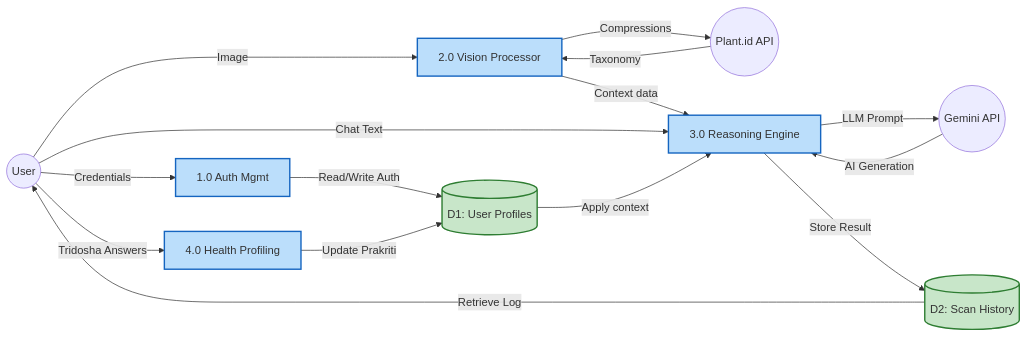
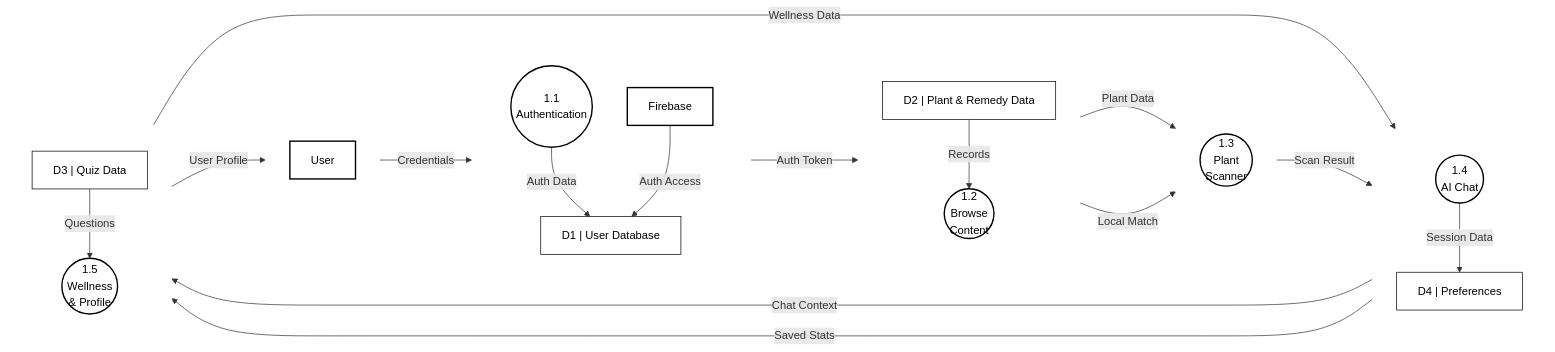
The diagram in docs/architecture/mermaid_diagrams/dfd_level_1.mmd (PratikPisal4304/ayurspace_flutter), drawn with Mermaid before and after one commit. The commit also changed 7 other files, not shown here.

Commit message:
docs: Update system architecture and DFDs, and add comprehensive developer documentation and guidelines.

```diff
--- a/docs/architecture/mermaid_diagrams/dfd_level_1.mmd
+++ b/docs/architecture/mermaid_diagrams/dfd_level_1.mmd
@@ -1,34 +1,62 @@
-graph LR
-    classDef process fill:#bbdefb,stroke:#1565c0,stroke-width:2px
-    classDef datastore fill:#c8e6c9,stroke:#2e7d32,stroke-width:2px
+flowchart LR
+    classDef process fill:#fff,stroke:#000,stroke-width:2px,color:#000
+    classDef entity fill:#fff,stroke:#000,stroke-width:2px,color:#000
+    classDef store fill:#fff,stroke:#000,stroke-width:1px,color:#000
 
-    User(("User"))
-    PlantId(("Plant.id API"))
-    Gemini(("Gemini API"))
+    subgraph Col0[" "]
+        direction TB
+        User["User"]:::entity
+    end
 
-    D1[("D1: User Profiles")]:::datastore
-    D2[("D2: Scan History")]:::datastore
+    subgraph Col1[" "]
+        direction TB
+        P1(("1.1<br/>Authentication")):::process
+        Firebase["Firebase"]:::entity
+        D1["D1 | User Database"]:::store
+        P1 -->|"Auth Data"| D1
+        Firebase -->|"Auth Access"| D1
+    end
 
-    P1["1.0 Auth Mgmt"]:::process
-    P2["2.0 Vision Processor"]:::process
-    P3["3.0 Reasoning Engine"]:::process
-    P4["4.0 Health Profiling"]:::process
+    subgraph Col2[" "]
+        direction TB
+        P2(("1.2<br/>Browse<br/>Content")):::process
+        D2["D2 | Plant & Remedy Data"]:::store
+        D2 -->|"Records"| P2
+    end
 
-    User -- "Credentials" --> P1
-    P1 -- "Read/Write Auth" --> D1
+    subgraph Col3[" "]
+        direction TB
+        P3(("1.3<br/>Plant<br/>Scanner")):::process
+    end
 
-    User -- "Image" --> P2
-    P2 -- "Compressions" --> PlantId
-    PlantId -- "Taxonomy" --> P2
+    subgraph Col4[" "]
+        direction TB
+        P4(("1.4<br/>AI Chat")):::process
+        D4["D4 | Preferences"]:::store
+        P4 -->|"Session Data"| D4
+    end
 
-    P2 -- "Context data" --> P3
-    User -- "Chat Text" --> P3
-    P3 -- "LLM Prompt" --> Gemini
-    Gemini -- "AI Generation" --> P3
+    subgraph Col5[" "]
+        direction TB
+        P5(("1.5<br/>Wellness<br/>& Profile")):::process
+        D3["D3 | Quiz Data"]:::store
+        D3 -->|"Questions"| P5
+    end
 
-    P3 -- "Store Result" --> D2
-    D2 -- "Retrieve Log" --> User
+    style Col0 fill:none,stroke:none
+    style Col1 fill:none,stroke:none
+    style Col2 fill:none,stroke:none
+    style Col3 fill:none,stroke:none
+    style Col4 fill:none,stroke:none
+    style Col5 fill:none,stroke:none
 
-    User -- "Tridosha Answers" --> P4
-    P4 -- "Update Prakriti" --> D1
-    D1 -- "Apply context" --> P3
+    User -->|"Credentials"| P1
+    P1 -->|"Auth Token"| P2
+    P2 -->|"Plant Data"| P3
+    P3 -->|"Scan Result"| P4
+    P4 -->|"Chat Context"| P5
+    P5 -->|"User Profile"| User
+
+    D2 -->|"Local Match"| P3
+    D4 -->|"Saved Stats"| P5
+    P5 -->|"Wellness Data"| D4
```
